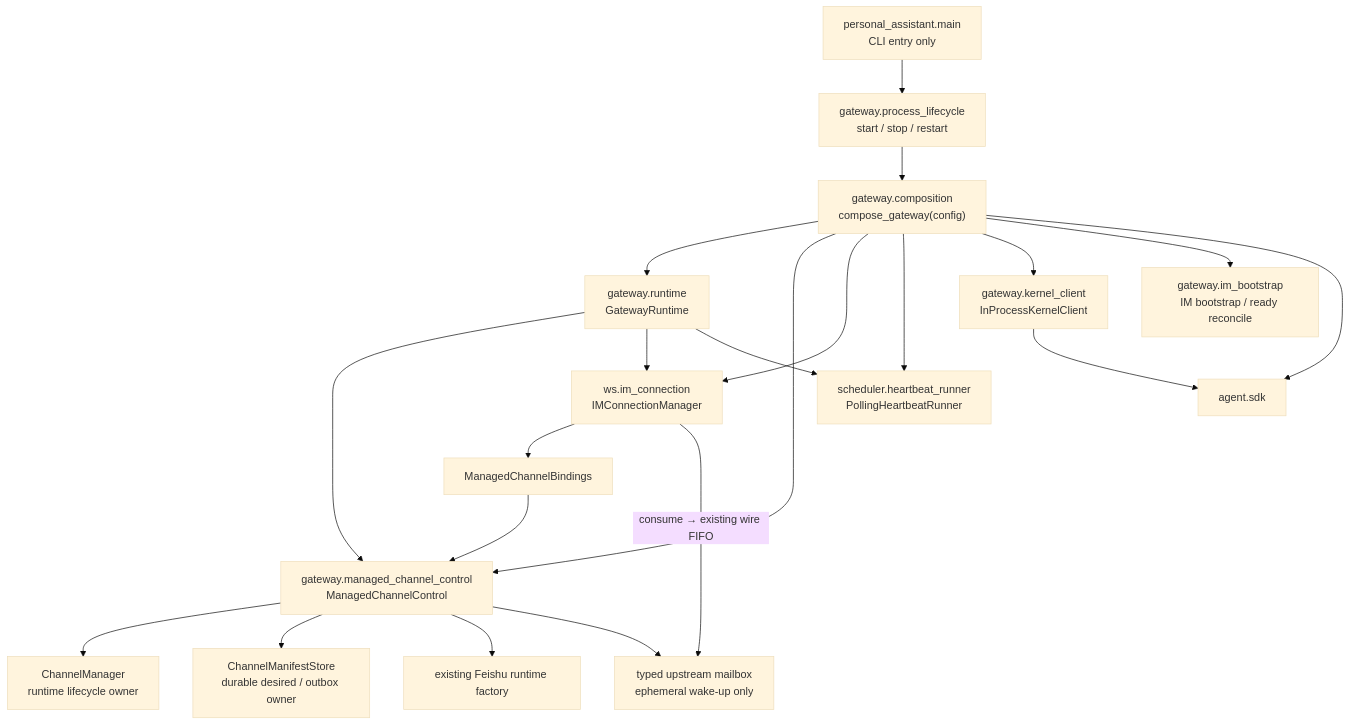
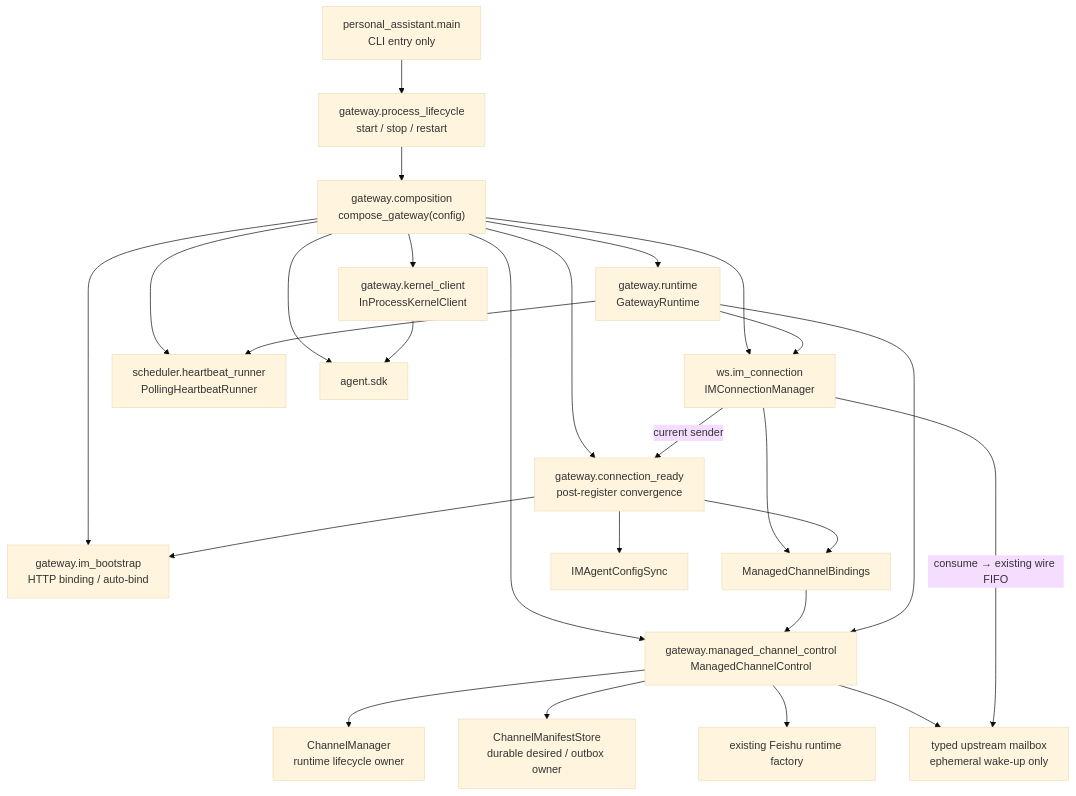
One commit to Mrchen116/nano-multiagent changed the first of 2 diagrams in docs/changes/refactor-470-managed-channel-composition/design.md. Above: the diagram before and after it, drawn with Mermaid (base theme). The commit also changed other lines of this file and 2 other files, not shown here.

````diff
--- a/docs/changes/refactor-470-managed-channel-composition/design.md
+++ b/docs/changes/refactor-470-managed-channel-composition/design.md
@@ -81,24 +87,29 @@
 ```mermaid
 graph TD
     Main["personal_assistant.main<br/>CLI entry only"] --> PL["gateway.process_lifecycle<br/>start / stop / restart"]
     PL --> C["gateway.composition<br/>compose_gateway(config)"]
     C --> R["gateway.runtime<br/>GatewayRuntime"]
     C --> MC["gateway.managed_channel_control<br/>ManagedChannelControl"]
     C --> IMC["ws.im_connection<br/>IMConnectionManager"]
     C --> HB["scheduler.heartbeat_runner<br/>PollingHeartbeatRunner"]
     C --> KC["gateway.kernel_client<br/>InProcessKernelClient"]
-    C --> IB["gateway.im_bootstrap<br/>IM bootstrap / ready reconcile"]
+    C --> IB["gateway.im_bootstrap<br/>HTTP binding / auto-bind"]
+    C --> CR["gateway.connection_ready<br/>post-register convergence"]
     C --> SDK["agent.sdk"]
 
     IMC --> B["ManagedChannelBindings"]
     B --> MC
+    CR --> IB
+    CR --> B
+    CR --> ACS["IMAgentConfigSync"]
+    IMC -->|"current sender"| CR
     MC --> CM["ChannelManager<br/>runtime lifecycle owner"]
     MC --> MS["ChannelManifestStore<br/>durable desired / outbox owner"]
     MC --> MF["existing Feishu runtime factory"]
     MC --> MB["typed upstream mailbox<br/>ephemeral wake-up only"]
     IMC -->|"consume → existing wire FIFO"| MB
     R --> MC
     R --> IMC
     R --> HB
     KC --> SDK
 ```
````
